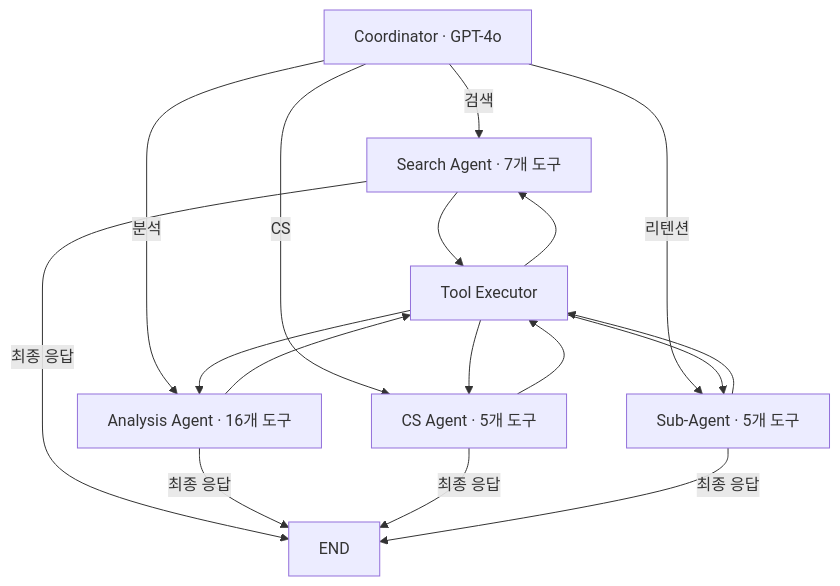
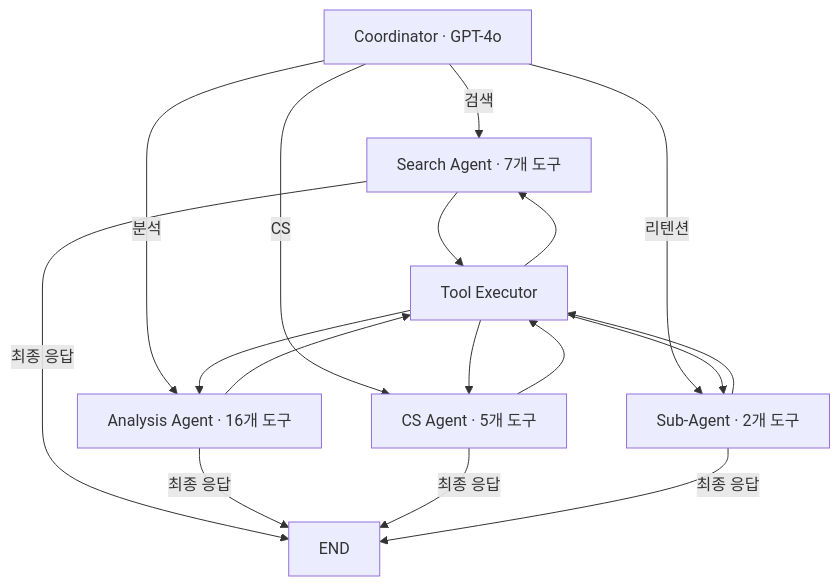
Before and after one commit to ASNGG/cafe24-demo: the fourth of 15 diagrams in portfolio/PORTFOLIO.md, drawn with Mermaid. The commit also changed other lines of this file and 2 other files, not shown here.

````diff
--- a/portfolio/PORTFOLIO.md
+++ b/portfolio/PORTFOLIO.md
@@ -301,9 +302,9 @@
 ```mermaid
 flowchart TD
     C["Coordinator · GPT-4o"] -->|"검색"| S["Search Agent · 7개 도구"]
     C -->|"분석"| A["Analysis Agent · 16개 도구"]
     C -->|"CS"| T["CS Agent · 5개 도구"]
-    C -->|"리텐션"| R["Sub-Agent · 5개 도구"]
+    C -->|"리텐션"| R["Sub-Agent · 2개 도구"]
     S & A & T & R --> Tools["Tool Executor"]
     Tools --> S & A & T & R -->|"최종 응답"| END
 ```
````
